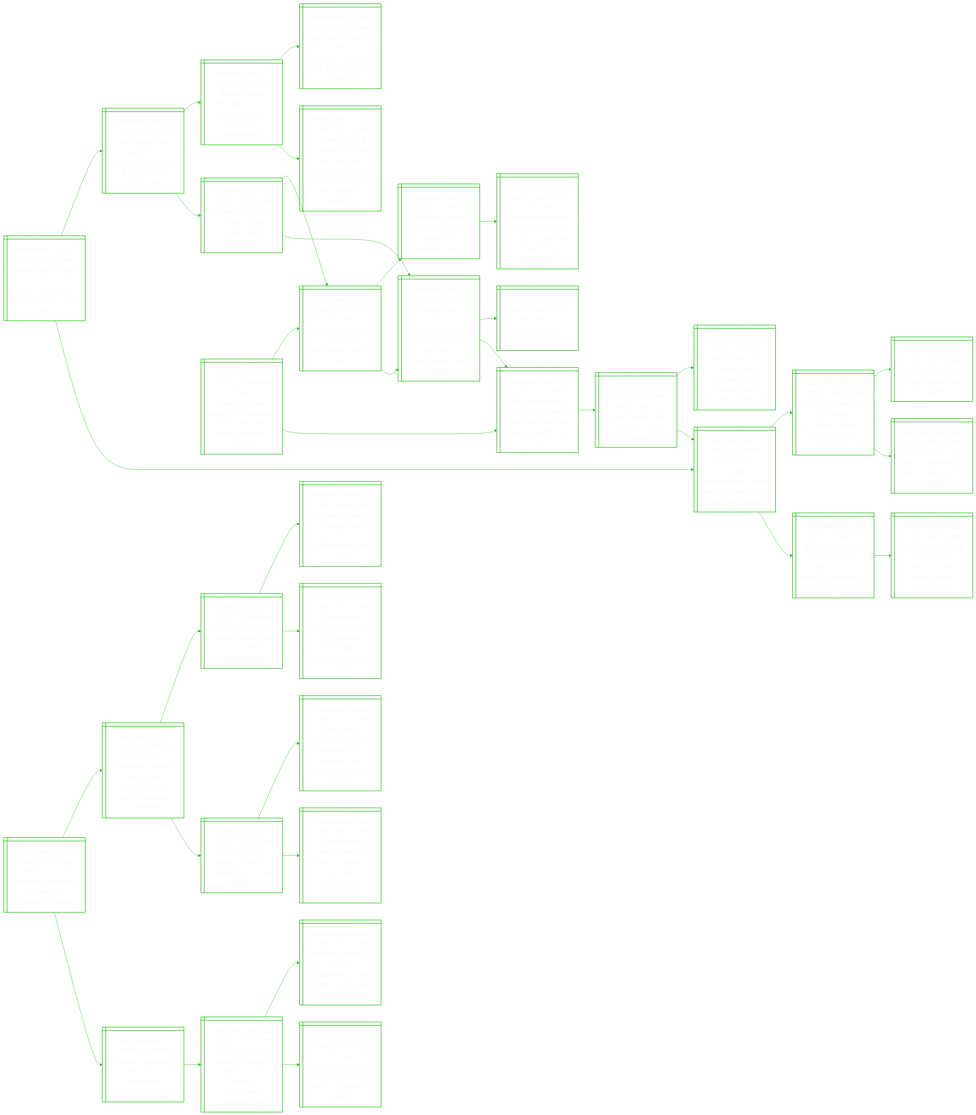
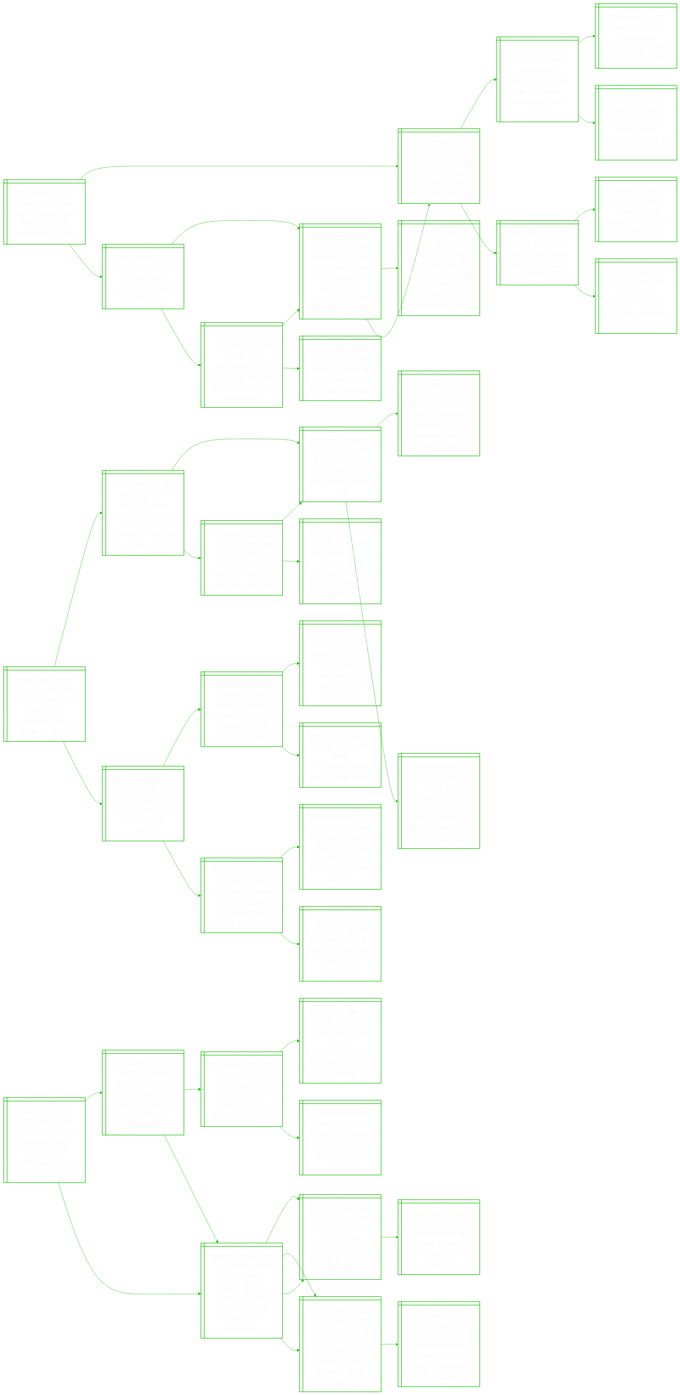
Before and after one commit to notJmes/notJmes: the diagram in README.md, drawn with Mermaid. The commit also changed other lines of this file, not shown here.

````diff
--- a/README.md
+++ b/README.md
@@ -16,118 +16,136 @@
 flowchart LR
 classDef txtsize font-size:20px;
 
-Tseulooopath@{ shape: win-pane, label: "_Published Oct 15, 2025, 07:55 AM_
-Trump says he will unveil list on oct 17 of ‘democrat programmes’ to be shut" }
-Ugbttoaphesd@{ shape: win-pane, label: "_Published Sep 29, 2025, 08:35 AM_
-Us congress budget negotiations: what happens when the govt shuts down?" }
-RlsDroeorleomp@{ shape: win-pane, label: "_Published Sep 29, 2025, 12:28 AM_
-Republicans urge democrats to agree to short-term bill to keep us government open" }
-TttosadnWHoiy@{ shape: win-pane, label: "_Published Sep 28, 2025, 08:43 AM_
-Trump to meet top congressional leaders on sept 29, white house official says" }
-Ttscaemafveun@{ shape: win-pane, label: "_Published Sep 26, 2025, 08:50 AM_
-Threat of mass job cuts raises economic stakes of us government shutdown" }
-Tsvaonuiyr@{ shape: win-pane, label: "_Published Sep 26, 2025, 05:00 AM_
-Trump slaps ‘visa tax’ on foreigners, but us will pay the price" }
-Uctfescnl@{ shape: win-pane, label: "_Published Sep 24, 2025, 05:29 AM_
-Us stocks retreat from records as tech giants fall" }
-Uoyfpensdrn@{ shape: win-pane, label: "_Published Oct 13, 2025, 08:39 PM_
-Us troops may miss first paychecks on oct 15 as shutdown drags on" }
-TsSwpouso@{ shape: win-pane, label: "_Published Oct 12, 2025, 03:11 AM_
-Trump says us has a way to pay troops during shutdown" }
-DreipdoeSdletpon@{ shape: win-pane, label: "_Published Oct 09, 2025, 06:08 PM_
-Democrats, republicans, president to blame for us shutdown? all three, reuters/ipsos poll finds" }
-Trragsunats@{ shape: win-pane, label: "_Published Oct 10, 2025, 10:00 PM_
-Tempers flare in washington as us shutdown threatens troops’ pay" }
-SbedsdtasiWn@{ shape: win-pane, label: "_Published Oct 13, 2025, 07:56 AM_
-Stock bubble dread grips world’s central bankers meeting in washington" }
-IesblvoehnjfpTtdi@{ shape: win-pane, label: "_Published Oct 10, 2025, 11:30 AM_
-‘i believe it’s a bubble’: will ai ever produce enough revenue to justify the price? the maths is daunting" }
-BraAunacbiarot@{ shape: win-pane, label: "_Published Oct 09, 2025, 07:20 AM_
-Boe warns soaring ai valuations rival dot.com bubble, risk sharp market correction" }
+Traezvfep@{ shape: win-pane, label: "_Published Oct 15, 2025, 10:48 AM_
+Trump rails at time magazine over unflattering photo" }
+Hholissrrazo@{ shape: win-pane, label: "_Published Oct 13, 2025, 01:47 PM_
+Hamas hands over all living hostages to israel; trump says gaza war over" }
+NyeeawHakl@{ shape: win-pane, label: "_Published Oct 07, 2023, 12:04 PM_
+Netanyahu declares israel at war as hamas attacks kill over 100" }
+WzptIleint@{ shape: win-pane, label: "_Published Oct 07, 2023, 05:15 PM_
+Why gaza is epicentre of israeli-palestinian conflict" }
+Wiceapaks@{ shape: win-pane, label: "_Published Oct 07, 2023, 06:44 PM_
+World in shock after hamas surprise attacks on israel" }
+FetGaoumo@{ shape: win-pane, label: "_Published Aug 22, 2025, 05:27 PM_
+Famine has struck gaza, says global hunger monitor" }
+Ilcaagmn@{ shape: win-pane, label: "_Published Nov 09, 2024, 10:03 PM_
+Israel rejects ‘biased’ warning of famine in gaza" }
+Ulfezsrda@{ shape: win-pane, label: "_Published Aug 22, 2025, 03:02 PM_
+Un declares famine in gaza; first ever in middle east" }
+TtvriMe@{ shape: win-pane, label: "_Published Oct 14, 2025, 06:20 AM_
+Trump takes victory lap in the middle east" }
+TsogrrsiPtnesiais@{ shape: win-pane, label: "_Published Oct 13, 2025, 06:25 PM_
+Trump says ‘long nightmare’ over for israelis and palestinians, receives standing ovation in knesset" }
+TssHaossaaorslaoe@{ shape: win-pane, label: "_Published Oct 09, 2025, 05:09 AM_
+Trump says israel, hamas agree on first phase of gaza deal, allowing release of all israeli hostages" }
+Hholissrrazo@{ shape: win-pane, label: "_Published Oct 13, 2025, 01:47 PM_
+Hamas hands over all living hostages to israel; trump says gaza war over" }
+Thtndrltasact@{ shape: win-pane, label: "_Published Oct 14, 2025, 01:41 AM_
+Trump hails ‘tremendous day for middle east’ as leaders sign gaza declaration" }
+TsogrrsiPtnesiais@{ shape: win-pane, label: "_Published Oct 13, 2025, 06:25 PM_
+Trump says ‘long nightmare’ over for israelis and palestinians, receives standing ovation in knesset" }
+TjIlmnest@{ shape: win-pane, label: "_Published Oct 13, 2025, 03:10 PM_
+Tears, joy in israel as hamas hands over first hostages" }
 
-Tseulooopath:::txtsize --> Ugbttoaphesd:::txtsize
-Ugbttoaphesd:::txtsize --> RlsDroeorleomp:::txtsize
-RlsDroeorleomp:::txtsize --> TttosadnWHoiy:::txtsize
-Ugbttoaphesd:::txtsize --> Ttscaemafveun:::txtsize
-Ttscaemafveun:::txtsize --> Tsvaonuiyr:::txtsize
-Ttscaemafveun:::txtsize --> Uctfescnl:::txtsize
-Tseulooopath:::txtsize --> Uoyfpensdrn:::txtsize
-Uoyfpensdrn:::txtsize --> TsSwpouso:::txtsize
-TsSwpouso:::txtsize --> DreipdoeSdletpon:::txtsize
-TsSwpouso:::txtsize --> Trragsunats:::txtsize
-Uoyfpensdrn:::txtsize --> SbedsdtasiWn:::txtsize
-SbedsdtasiWn:::txtsize --> IesblvoehnjfpTtdi:::txtsize
-SbedsdtasiWn:::txtsize --> BraAunacbiarot:::txtsize
+Traezvfep:::txtsize --> Hholissrrazo:::txtsize
+Hholissrrazo:::txtsize --> NyeeawHakl:::txtsize
+NyeeawHakl:::txtsize --> WzptIleint:::txtsize
+NyeeawHakl:::txtsize --> Wiceapaks:::txtsize
+Hholissrrazo:::txtsize --> FetGaoumo:::txtsize
+FetGaoumo:::txtsize --> Ilcaagmn:::txtsize
+FetGaoumo:::txtsize --> Ulfezsrda:::txtsize
+Traezvfep:::txtsize --> TtvriMe:::txtsize
+TtvriMe:::txtsize --> TsogrrsiPtnesiais:::txtsize
+TsogrrsiPtnesiais:::txtsize --> TssHaossaaorslaoe:::txtsize
+TsogrrsiPtnesiais:::txtsize --> Hholissrrazo:::txtsize
+TtvriMe:::txtsize --> Thtndrltasact:::txtsize
+Thtndrltasact:::txtsize --> TsogrrsiPtnesiais:::txtsize
+Thtndrltasact:::txtsize --> TjIlmnest:::txtsize
 
-Taitarhernunn@{ shape: win-pane, label: "_Published Oct 15, 2025, 07:40 AM_
-Trump administration says 4,108 workers have been fired since shutdown began" }
-Ueniunmaayat@{ shape: win-pane, label: "_Published Oct 01, 2025, 12:02 PM_
-Us government begins shutdown that may lead to mass layoffs and cuts" }
-TsSrtpbun@{ shape: win-pane, label: "_Published Oct 01, 2025, 01:49 AM_
-Trump says us government will ‘probably’ shut down" }
-Ugbttoaphesd@{ shape: win-pane, label: "_Published Sep 29, 2025, 08:35 AM_
-Us congress budget negotiations: what happens when the govt shuts down?" }
-VsSesotewea@{ shape: win-pane, label: "_Published Sep 30, 2025, 12:58 AM_
-Vance says us ‘headed to a shutdown’ after meeting with democrats" }
-Trragsunats@{ shape: win-pane, label: "_Published Oct 10, 2025, 10:00 PM_
-Tempers flare in washington as us shutdown threatens troops’ pay" }
-DreipdoeSdletpon@{ shape: win-pane, label: "_Published Oct 09, 2025, 06:08 PM_
-Democrats, republicans, president to blame for us shutdown? all three, reuters/ipsos poll finds" }
-Ueniunmaayat@{ shape: win-pane, label: "_Published Oct 01, 2025, 12:02 PM_
-Us government begins shutdown that may lead to mass layoffs and cuts" }
-FtyerSuni@{ shape: win-pane, label: "_Published Oct 09, 2025, 06:59 AM_
-Flight delays pile up across us as shutdown persists" }
-Sisaeaithws@{ shape: win-pane, label: "_Published Oct 07, 2025, 07:49 AM_
-Staffing issues cause delays at us airports as shutdown persists" }
-SKnortiottkontl@{ shape: win-pane, label: "_Published Sep 12, 2025, 12:45 PM_
-South korean airport workers to strike from sept 19 to oct 9, sparking concerns for travellers" }
+IgimnfereGn@{ shape: win-pane, label: "_Published Oct 15, 2025, 09:40 AM_
+Instagram will limit content for teenagers based on pg-13 ratings" }
+Aaaceaogfinci@{ shape: win-pane, label: "_Published Oct 14, 2025, 03:15 PM_
+Australia says social media ban is ‘for the good of our kids’ in new ad campaign" }
+Aaaslaolu@{ shape: win-pane, label: "_Published Nov 28, 2024, 08:33 PM_
+Australia passes social media ban for children under 16" }
+TarHaoeceeoni@{ shape: win-pane, label: "_Published Nov 09, 2024, 05:00 AM_
+Teens and screens: how smartphones helped create a more anxious generation" }
+Yaodtigeiontvaeh@{ shape: win-pane, label: "_Published Nov 09, 2024, 05:00 AM_
+Young and troubled: more teens in singapore getting hooked on digital devices and seeking help" }
+Ybntaaiwopda@{ shape: win-pane, label: "_Published Oct 13, 2025, 08:56 AM_
+Youtube warns australia social media ban will not keep children safe" }
+Aaaslaolu@{ shape: win-pane, label: "_Published Nov 28, 2024, 08:33 PM_
+Australia passes social media ban for children under 16" }
+Aaailvehutomb@{ shape: win-pane, label: "_Published Sep 16, 2025, 11:06 AM_
+Australia wants ‘minimally invasive’ age checks under teen social media ban" }
+Biurlafobc@{ shape: win-pane, label: "_Published Oct 13, 2025, 06:30 PM_
+Britain issues first online safety fine to us website 4chan" }
+InrasigoSfp@{ shape: win-pane, label: "_Published Aug 28, 2025, 07:44 PM_
+Internet forum 4chan sues british regulator in us over free speech" }
+Biuhnemfamee@{ shape: win-pane, label: "_Published Oct 17, 2024, 07:22 PM_
+Britain to publish online safety demands for platforms in december" }
+Hsroare@{ shape: win-pane, label: "_Published Aug 01, 2022, 06:30 PM_
+How misinformation derails free speech" }
+Ninesohshdsm@{ shape: win-pane, label: "_Published Apr 16, 2025, 07:05 AM_
+Notorious internet message board 4chan has been hacked, posts claim" }
+Hfimgpdudswa@{ shape: win-pane, label: "_Published Mar 26, 2025, 12:10 AM_
+How safe is signal messaging app used by trump aides to share war plans?" }
+craosrani@{ shape: win-pane, label: "_Published Nov 09, 2024, 11:13 AM_
+50 countries warn un of ransomware attacks on hospitals" }
 
-Taitarhernunn:::txtsize --> Ueniunmaayat:::txtsize
-Ueniunmaayat:::txtsize --> TsSrtpbun:::txtsize
-TsSrtpbun:::txtsize --> Ugbttoaphesd:::txtsize
-TsSrtpbun:::txtsize --> VsSesotewea:::txtsize
-Taitarhernunn:::txtsize --> Trragsunats:::txtsize
-Trragsunats:::txtsize --> DreipdoeSdletpon:::txtsize
-DreipdoeSdletpon:::txtsize --> Ueniunmaayat:::txtsize
-DreipdoeSdletpon:::txtsize --> FtyerSuni:::txtsize
-Trragsunats:::txtsize --> Sisaeaithws:::txtsize
-Sisaeaithws:::txtsize --> SKnortiottkontl:::txtsize
+IgimnfereGn:::txtsize --> Aaaceaogfinci:::txtsize
+Aaaceaogfinci:::txtsize --> Aaaslaolu:::txtsize
+Aaaslaolu:::txtsize --> TarHaoeceeoni:::txtsize
+Aaaslaolu:::txtsize --> Yaodtigeiontvaeh:::txtsize
+Aaaceaogfinci:::txtsize --> Ybntaaiwopda:::txtsize
+Ybntaaiwopda:::txtsize --> Aaaslaolu:::txtsize
+Ybntaaiwopda:::txtsize --> Aaailvehutomb:::txtsize
+IgimnfereGn:::txtsize --> Biurlafobc:::txtsize
+Biurlafobc:::txtsize --> InrasigoSfp:::txtsize
+InrasigoSfp:::txtsize --> Biuhnemfamee:::txtsize
+InrasigoSfp:::txtsize --> Hsroare:::txtsize
+Biurlafobc:::txtsize --> Ninesohshdsm:::txtsize
+Ninesohshdsm:::txtsize --> Hfimgpdudswa:::txtsize
+Ninesohshdsm:::txtsize --> craosrani:::txtsize
 
-Uinastgmmnn@{ shape: win-pane, label: "_Published Oct 15, 2025, 07:24 AM_
-Us adviser on india accused of taking documents, meeting chinese" }
-TslfftiaeopU@{ shape: win-pane, label: "_Published Aug 27, 2025, 01:05 PM_
-Trump’s doubling of tariffs hits india, damages relationship with us" }
-ItnRaitprhsrtcy@{ shape: win-pane, label: "_Published Aug 02, 2025, 07:04 PM_
-India to maintain russian oil imports despite trump threats, government sources say" }
-Unsenyirnidhe@{ shape: win-pane, label: "_Published Aug 01, 2025, 09:24 PM_
-Ukraine says 31 killed in end-july russian strike on kyiv, including 5 children" }
-Rainisiyminsi@{ shape: win-pane, label: "_Published Aug 01, 2025, 05:24 AM_
-Russia’s actions in ukraine ‘disgusting’, says trump, indicating new sanctions" }
-Tinnhdftirives@{ shape: win-pane, label: "_Published Jul 02, 2025, 02:35 AM_
-Two chinese nationals charged by us for attempting to recruit service members" }
-CcCdbapets@{ shape: win-pane, label: "_Published Jun 25, 2025, 01:25 PM_
-China calls cia videos ‘absurd’ attempt to recruit spies" }
-UeegwCiirienls@{ shape: win-pane, label: "_Published Apr 09, 2025, 08:49 AM_
-Us intelligence agency warns china is trying to recruit government employees" }
-Csxnoedegeefge@{ shape: win-pane, label: "_Published Mar 19, 2025, 12:10 PM_
-China says ex-engineer to be executed for leaking state secrets to foreign power" }
-Uennbgsheo@{ shape: win-pane, label: "_Published Jun 25, 2025, 12:44 AM_
-Uk government to invest $1b to fight rising chinese espionage" }
-Homtyietnaaut@{ shape: win-pane, label: "_Published Mar 06, 2025, 05:21 PM_
-Hong kong democrat jimmy lai finishes testifying in national security trial" }
-Ueooneaaoh@{ shape: win-pane, label: "_Published May 16, 2025, 06:42 PM_
-Uk names son of ex-hong kong governor as ambassador to china" }
+TttoWCtfooia@{ shape: win-pane, label: "_Published Oct 15, 2025, 09:33 AM_
+Trump threatens to pull world cup matches from boston over city’s mayor" }
+Tsssiioeeatoue@{ shape: win-pane, label: "_Published Sep 26, 2025, 01:45 PM_
+Trump suggests unsafe cities in us could be booted out as hosts of world cup games" }
+WonpniGtsi@{ shape: win-pane, label: "_Published Sep 03, 2025, 05:59 AM_
+‘we’re going in’: trump to send national guard troops to chicago" }
+Ugcumtoeonns@{ shape: win-pane, label: "_Published Sep 02, 2025, 09:49 PM_
+Us judge blocks trump administration’s use of troops in los angeles" }
+Tvorndrii@{ shape: win-pane, label: "_Published Sep 02, 2025, 09:24 PM_
+Trump vows to end crime in ‘most dangerous city’ chicago" }
+TiebnouOiUhvoe@{ shape: win-pane, label: "_Published Sep 24, 2025, 07:49 AM_
+Trump invites global fans to world cup and olympics as us tightens visa policies" }
+Ygtlpcarnhp@{ shape: win-pane, label: "_Published Sep 24, 2025, 06:51 AM_
+‘you’re going to hell’: trump attacks un and europe in scathing speech" }
+Emtirodeitrap@{ shape: win-pane, label: "_Published Sep 09, 2025, 11:57 PM_
+Extreme heat a rising threat to 2026 world cup venues in north america, says report" }
+TiebnouOiUhvoe@{ shape: win-pane, label: "_Published Sep 24, 2025, 07:49 AM_
+Trump invites global fans to world cup and olympics as us tightens visa policies" }
+Ygtlpcarnhp@{ shape: win-pane, label: "_Published Sep 24, 2025, 06:51 AM_
+‘you’re going to hell’: trump attacks un and europe in scathing speech" }
+TtUtaastogl@{ shape: win-pane, label: "_Published Sep 24, 2025, 12:17 AM_
+Trump tells un that climate change is ‘greatest con job’ globally" }
+Emtirodeitrap@{ shape: win-pane, label: "_Published Sep 09, 2025, 11:57 PM_
+Extreme heat a rising threat to 2026 world cup venues in north america, says report" }
+Udntneabdnfss@{ shape: win-pane, label: "_Published Jul 03, 2025, 04:35 AM_
+Underdogs and heat dominate debate as club world cup enters final stages" }
 
-Uinastgmmnn:::txtsize --> TslfftiaeopU:::txtsize
-TslfftiaeopU:::txtsize --> ItnRaitprhsrtcy:::txtsize
-ItnRaitprhsrtcy:::txtsize --> Unsenyirnidhe:::txtsize
-ItnRaitprhsrtcy:::txtsize --> Rainisiyminsi:::txtsize
-Uinastgmmnn:::txtsize --> Tinnhdftirives:::txtsize
-Tinnhdftirives:::txtsize --> CcCdbapets:::txtsize
-CcCdbapets:::txtsize --> UeegwCiirienls:::txtsize
-CcCdbapets:::txtsize --> Csxnoedegeefge:::txtsize
-Tinnhdftirives:::txtsize --> Uennbgsheo:::txtsize
-Uennbgsheo:::txtsize --> Homtyietnaaut:::txtsize
-Uennbgsheo:::txtsize --> Ueooneaaoh:::txtsize
+TttoWCtfooia:::txtsize --> Tsssiioeeatoue:::txtsize
+Tsssiioeeatoue:::txtsize --> WonpniGtsi:::txtsize
+WonpniGtsi:::txtsize --> Ugcumtoeonns:::txtsize
+WonpniGtsi:::txtsize --> Tvorndrii:::txtsize
+Tsssiioeeatoue:::txtsize --> TiebnouOiUhvoe:::txtsize
+TiebnouOiUhvoe:::txtsize --> Ygtlpcarnhp:::txtsize
+TiebnouOiUhvoe:::txtsize --> Emtirodeitrap:::txtsize
+TttoWCtfooia:::txtsize --> TiebnouOiUhvoe:::txtsize
+TiebnouOiUhvoe:::txtsize --> Ygtlpcarnhp:::txtsize
+Ygtlpcarnhp:::txtsize --> TtUtaastogl:::txtsize
+TiebnouOiUhvoe:::txtsize --> Emtirodeitrap:::txtsize
+Emtirodeitrap:::txtsize --> Udntneabdnfss:::txtsize
 
 ```
````
